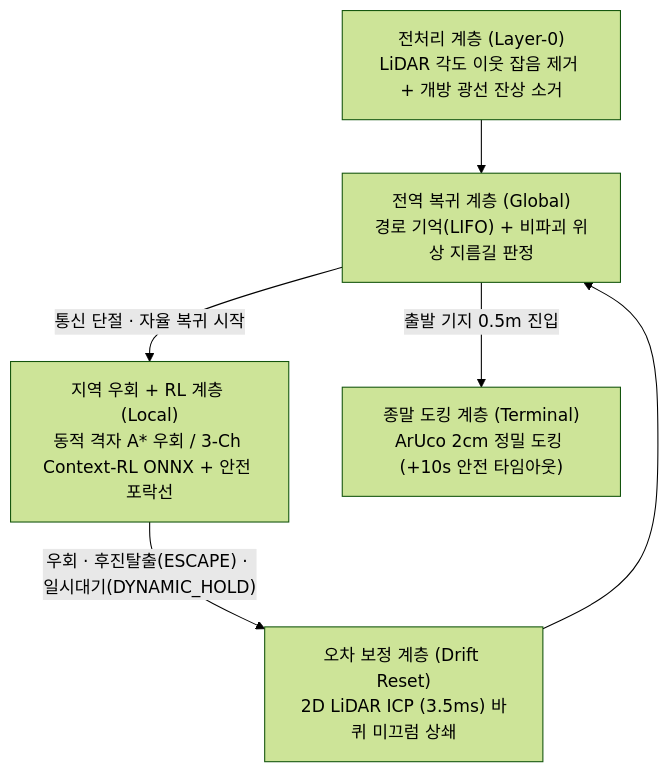
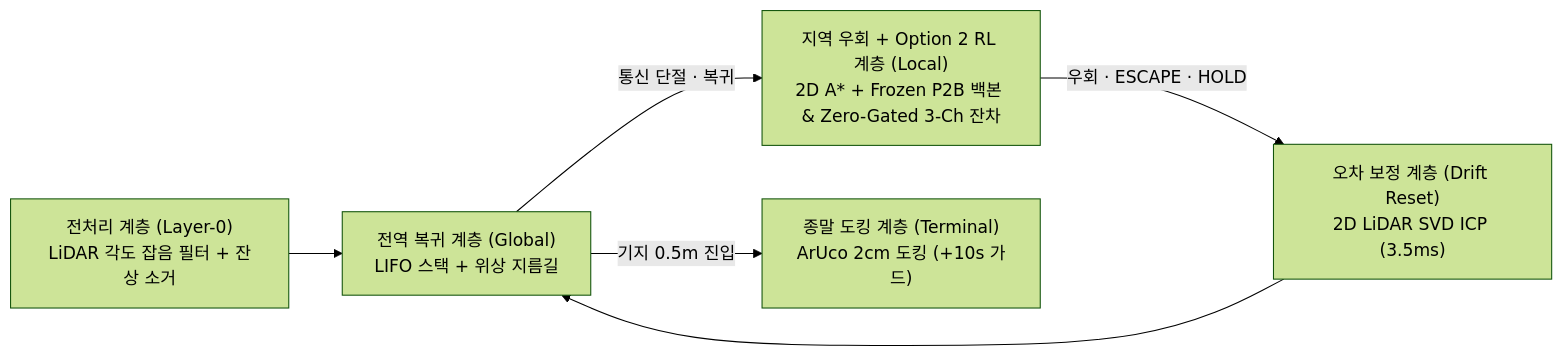
One commit to rjw136-lab/disaster_recovery_ws changed the third of 4 diagrams in README.md. Above: the diagram before and after it, drawn with Mermaid (forest theme). The commit also changed other lines of this file and 55 other files, not shown here.

Commit message:
feat(phase3,docs): adopt Option 2 frozen-backbone zero-gated residual 3-ch RL (79.3% strict non-reg) and reorganize README

````diff
--- a/README.md
+++ b/README.md
@@ -278,8 +247,8 @@
 ```mermaid
-flowchart TD
-    S["전처리 계층 (Layer-0)<br/>LiDAR 각도 이웃 잡음 제거 + 개방 광선 잔상 소거"] --> G["전역 복귀 계층 (Global)<br/>경로 기억(LIFO) + 비파괴 위상 지름길 판정"]
-    G -->|"통신 단절 · 자율 복귀 시작"| L["지역 우회 + RL 계층 (Local)<br/>동적 격자 A* 우회 / 3-Ch Context-RL ONNX + 안전 포락선"]
-    L -->|"우회 · 후진탈출(ESCAPE) · 일시대기(DYNAMIC_HOLD)"| D["오차 보정 계층 (Drift Reset)<br/>2D LiDAR ICP (3.5ms) 바퀴 미끄럼 상쇄"]
+flowchart LR
+    S["전처리 계층 (Layer-0)<br/>LiDAR 각도 잡음 필터 + 잔상 소거"] --> G["전역 복귀 계층 (Global)<br/>LIFO 스택 + 위상 지름길"]
+    G -->|"통신 단절 · 복귀"| L["지역 우회 + Option 2 RL 계층 (Local)<br/>2D A* + Frozen P2B 백본 & Zero-Gated 3-Ch 잔차"]
+    L -->|"우회 · ESCAPE · HOLD"| D["오차 보정 계층 (Drift Reset)<br/>2D LiDAR SVD ICP (3.5ms)"]
     D --> G
-    G -->|"출발 기지 0.5m 진입"| T["종말 도킹 계층 (Terminal)<br/>ArUco 2cm 정밀 도킹 (+10s 안전 타임아웃)"]
+    G -->|"기지 0.5m 진입"| T["종말 도킹 계층 (Terminal)<br/>ArUco 2cm 도킹 (+10s 가드)"]
 ```
````
